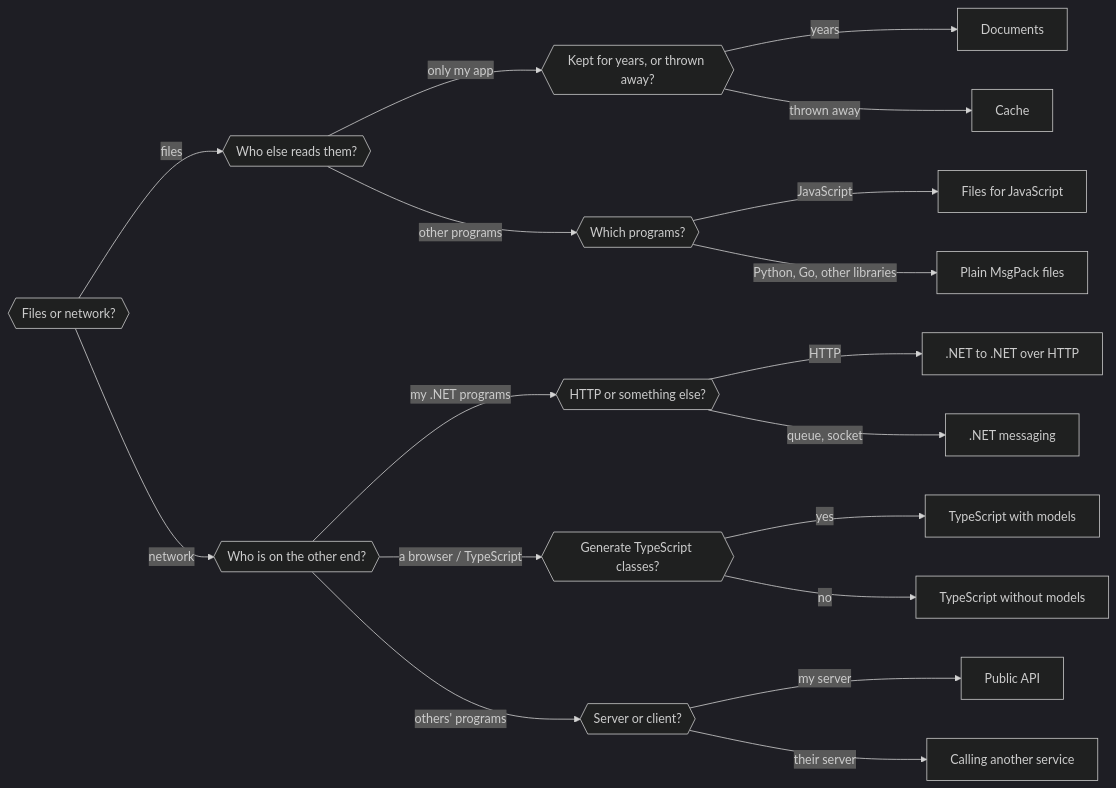
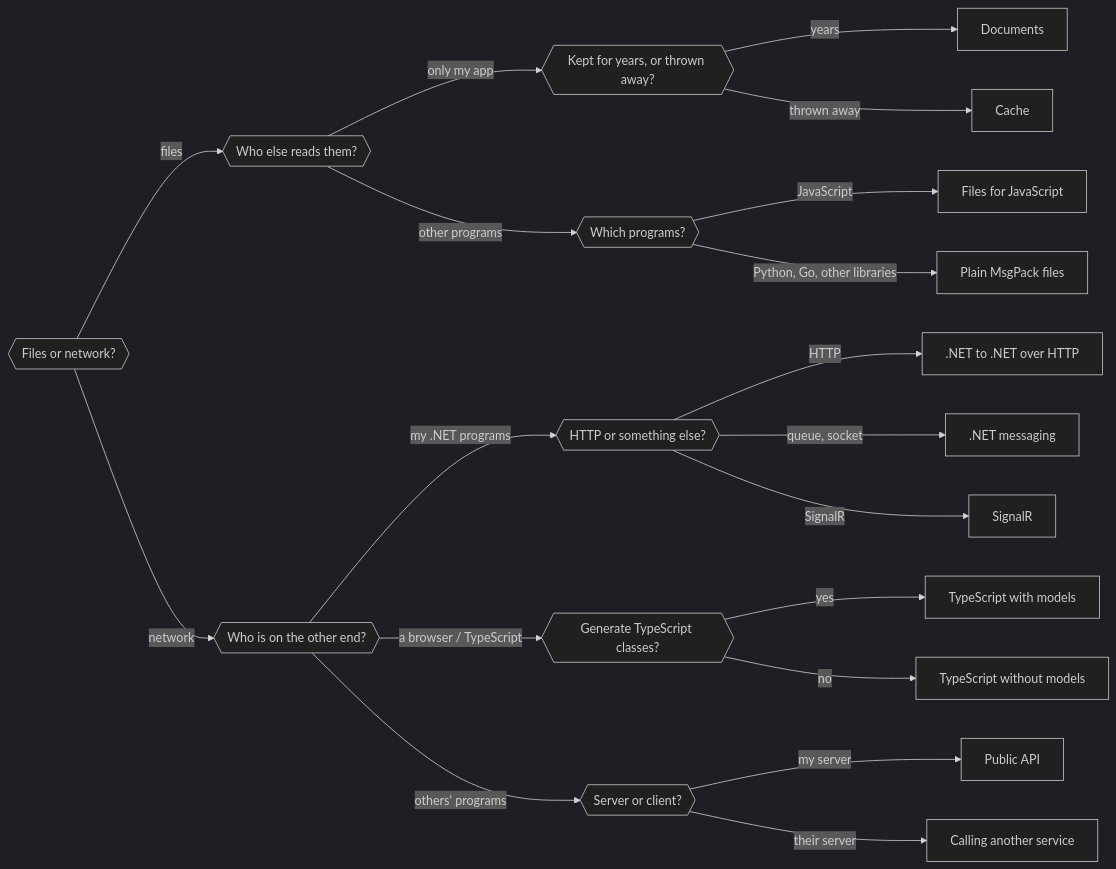
The diagram in docs/Wizard/README.md (mlsomers/LsMsgPack), drawn with Mermaid (dark theme) before and after one commit. The commit also changed other lines of this file and 20 other files, not shown here.

````diff
--- a/docs/Wizard/README.md
+++ b/docs/Wizard/README.md
@@ -11,23 +11,24 @@
 ```mermaid
 graph LR
   Start{{"Files or network?"}}
   Start -->|files| Files{{"Who else reads them?"}}
   Start -->|network| Network{{"Who is on the other end?"}}
 
   Files -->|only my app| OwnApp{{"Kept for years, or thrown away?"}}
   Files -->|other programs| Others{{"Which programs?"}}
   OwnApp -->|years| Documents["Documents"]
   OwnApp -->|thrown away| Cache["Cache"]
   Others -->|JavaScript| FilesJs["Files for JavaScript"]
   Others -->|Python, Go, other libraries| FilesPlain["Plain MsgPack files"]
 
   Network -->|my .NET programs| DotNet{{"HTTP or something else?"}}
   Network -->|a browser / TypeScript| Browser{{"Generate TypeScript classes?"}}
   Network -->|others' programs| Foreign{{"Server or client?"}}
   DotNet -->|HTTP| DotNetHttp[".NET to .NET over HTTP"]
   DotNet -->|queue, socket| Messaging[".NET messaging"]
+  DotNet -->|SignalR| SignalR["SignalR"]
   Browser -->|yes| TsModels["TypeScript with models"]
   Browser -->|no| TsPlain["TypeScript without models"]
   Foreign -->|my server| PublicApi["Public API"]
   Foreign -->|their server| ForeignService["Calling another service"]
 ```
````
